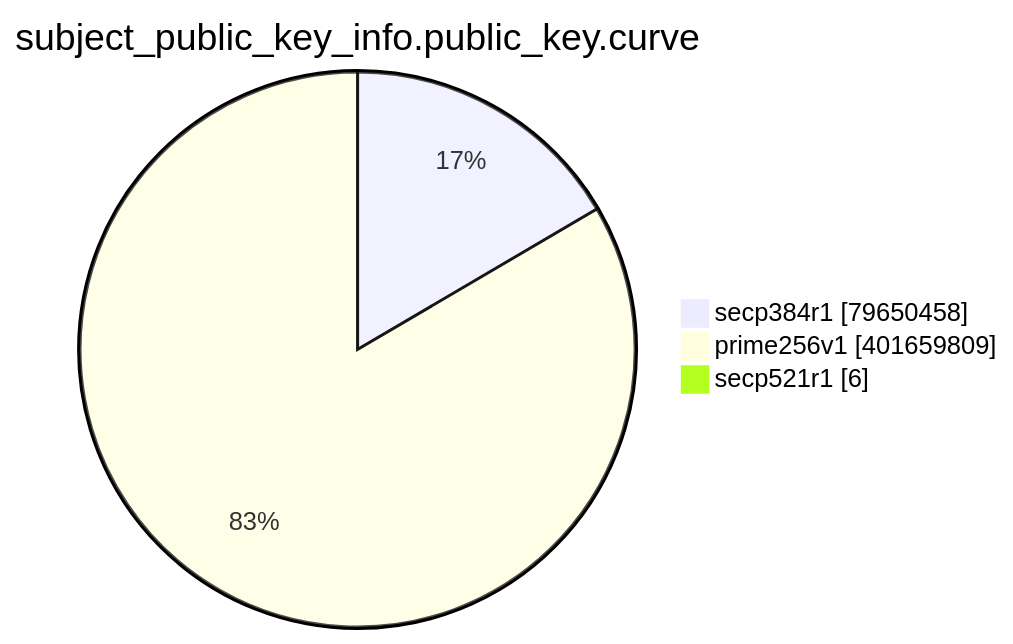
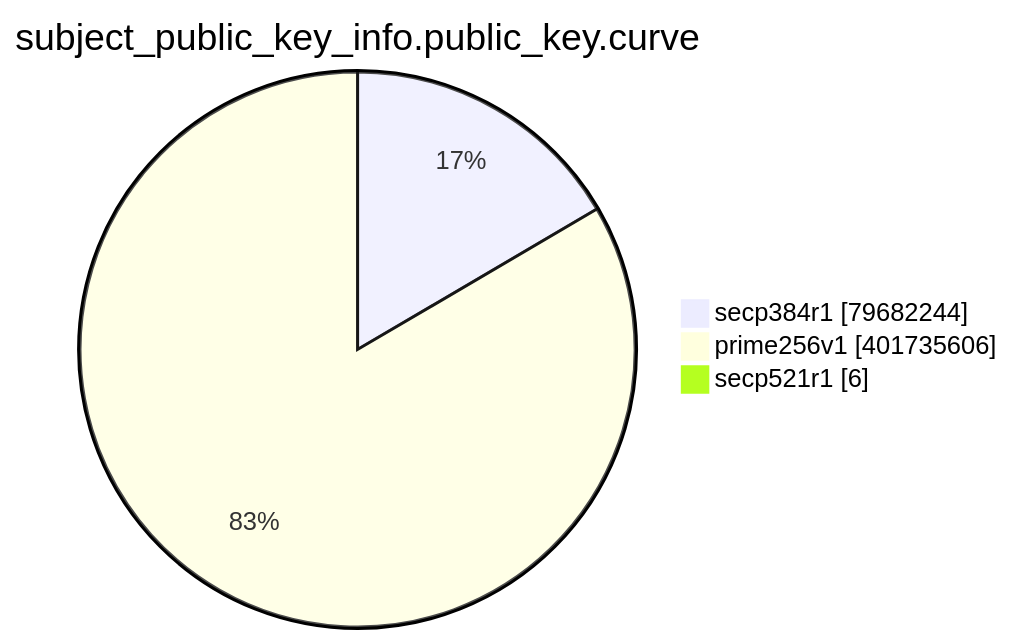
One commit to christiankrug/ctmonitor_visualization changed the eighth of 15 diagrams in TOTAL/README.md. Above: the diagram before and after it, drawn with Mermaid. The commit also changed other lines of this file, not shown here.

````diff
--- a/TOTAL/README.md
+++ b/TOTAL/README.md
@@ -3095,7 +3095,7 @@
 ```mermaid
 pie showData
 title subject_public_key_info.public_key.curve
-"secp384r1" :79650458
-"prime256v1" :401659809
+"secp384r1" :79682244
+"prime256v1" :401735606
 "secp521r1" :6
 ```
````
